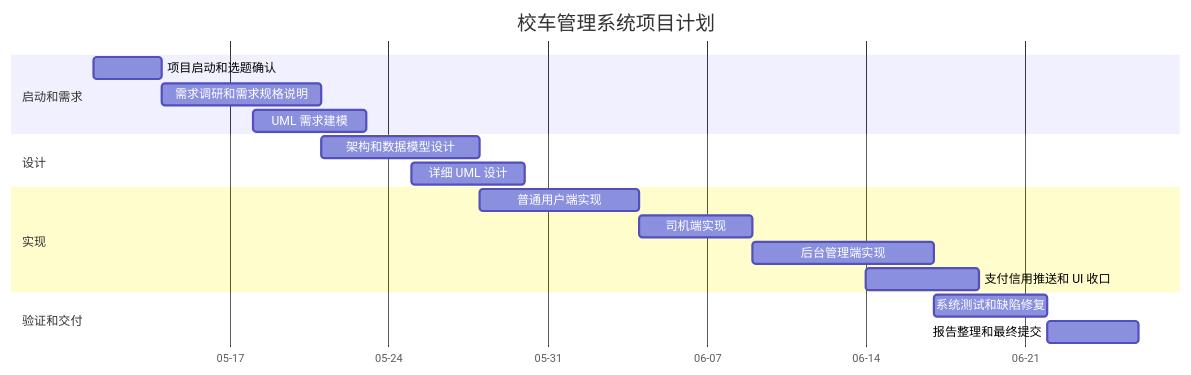
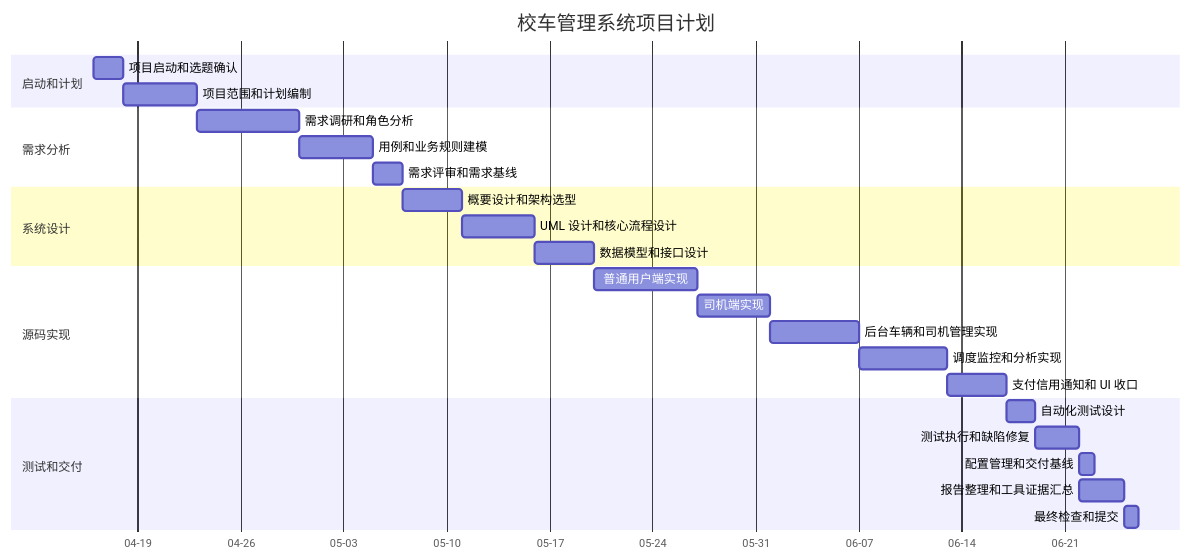
Before and after one commit to SFENVD/BUS-FLUTTER: the diagram in docs/01_项目计划.md, drawn with Mermaid. The commit also changed other lines of this file and 20 other files, not shown here.

````diff
--- a/docs/01_项目计划.md
+++ b/docs/01_项目计划.md
@@ -49,25 +68,34 @@
 ```mermaid
 gantt
   title 校车管理系统项目计划
   dateFormat  YYYY-MM-DD
   axisFormat  %m-%d
 
-  section 启动和需求
-  项目启动和选题确认           :a1, 2026-05-11, 3d
-  需求调研和需求规格说明       :a2, after a1, 7d
-  UML 需求建模                 :a3, 2026-05-18, 5d
+  section 启动和计划
+  项目启动和选题确认           :a1, 2026-04-16, 2d
+  项目范围和计划编制           :a2, after a1, 5d
 
-  section 设计
-  架构和数据模型设计           :b1, 2026-05-21, 7d
-  详细 UML 设计                :b2, 2026-05-25, 5d
+  section 需求分析
+  需求调研和角色分析           :b1, 2026-04-23, 7d
+  用例和业务规则建模           :b2, after b1, 5d
+  需求评审和需求基线           :b3, after b2, 2d
 
-  section 实现
-  普通用户端实现               :c1, 2026-05-28, 7d
-  司机端实现                   :c2, 2026-06-04, 5d
-  后台管理端实现               :c3, 2026-06-09, 8d
-  支付信用推送和 UI 收口       :c4, 2026-06-14, 5d
+  section 系统设计
+  概要设计和架构选型           :c1, 2026-05-07, 4d
+  UML 设计和核心流程设计       :c2, after c1, 5d
+  数据模型和接口设计           :c3, after c2, 4d
 
-  section 验证和交付
-  系统测试和缺陷修复           :d1, 2026-06-17, 5d
-  报告整理和最终提交           :d2, 2026-06-22, 4d
+  section 源码实现
+  普通用户端实现               :d1, 2026-05-20, 7d
+  司机端实现                   :d2, 2026-05-27, 5d
+  后台车辆和司机管理实现       :d3, 2026-06-01, 6d
+  调度监控和分析实现           :d4, 2026-06-07, 6d
+  支付信用通知和 UI 收口       :d5, 2026-06-13, 4d
+
+  section 测试和交付
+  自动化测试设计               :e1, 2026-06-17, 2d
+  测试执行和缺陷修复           :e2, after e1, 3d
+  配置管理和交付基线           :e3, 2026-06-22, 1d
+  报告整理和工具证据汇总       :e4, 2026-06-22, 3d
+  最终检查和提交               :e5, 2026-06-25, 1d
 ```
````
